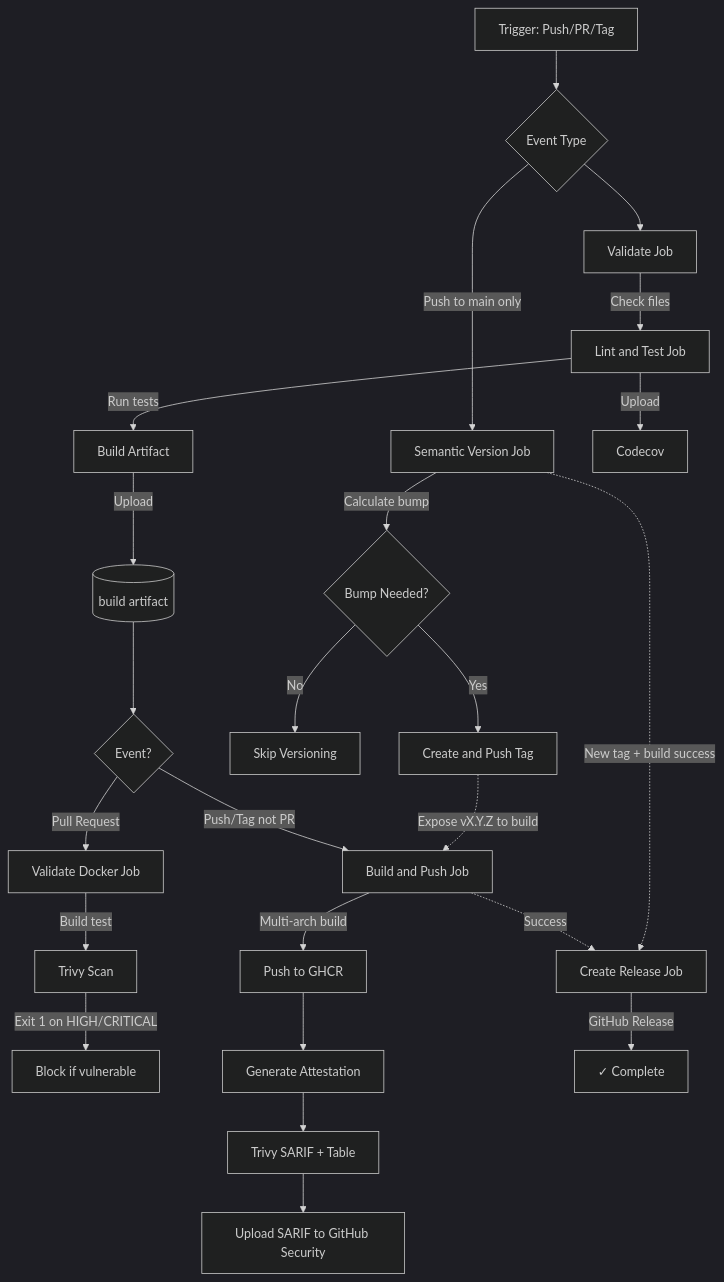
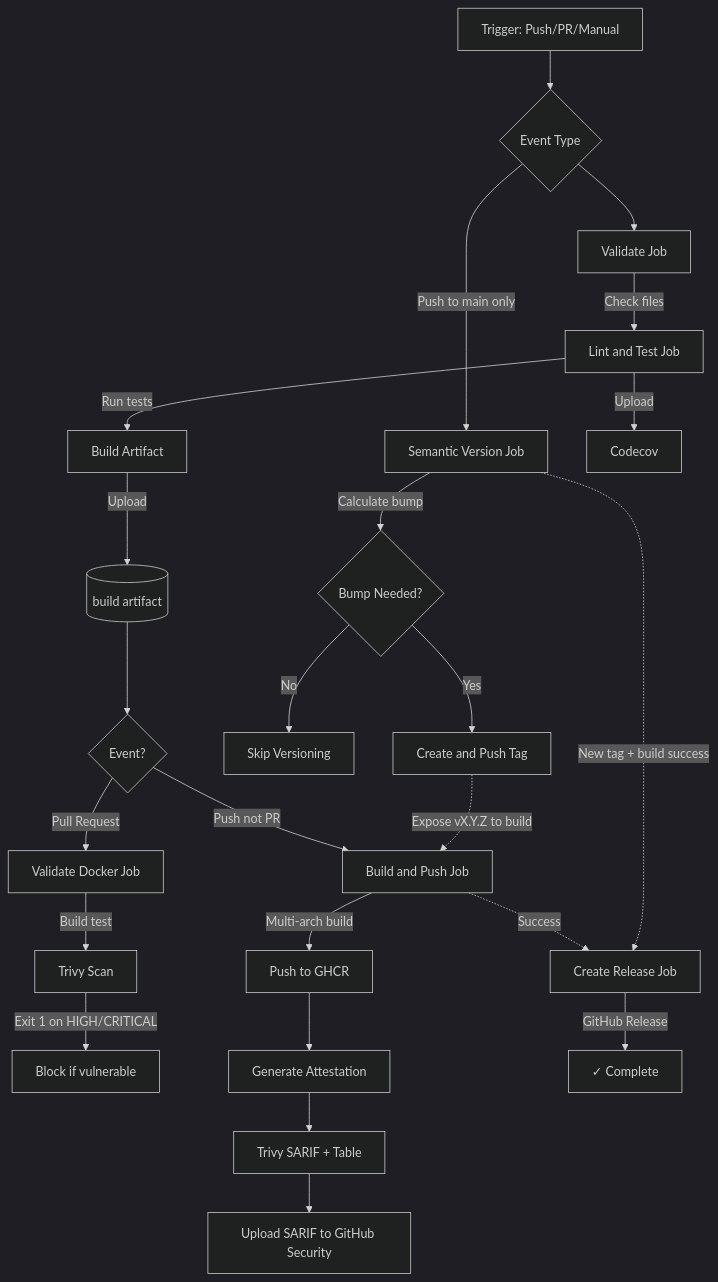
The second of 2 diagrams in README.md (techquestsdev/blog), drawn with Mermaid (dark theme) before and after one commit. The commit also changed other lines of this file, not shown here.

Commit message:
docs: update README to reflect CI changes

````diff
--- a/README.md
+++ b/README.md
@@ -249,32 +249,32 @@
 ```mermaid
 graph TB
-    START[Trigger: Push/PR/Tag] --> SPLIT{Event Type}
+    START[Trigger: Push/PR/Manual] --> SPLIT{Event Type}
 
     SPLIT -->|Push to main only| SV[Semantic Version Job]
     SV -->|Calculate bump| DECIDE{Bump Needed?}
     DECIDE -->|Yes| NEWTAG[Create and Push Tag]
     DECIDE -->|No| SKIP[Skip Versioning]
     NEWTAG -.->|Expose vX.Y.Z to build| DOCKERPUSH
 
     SPLIT --> VAL[Validate Job]
     VAL -->|Check files| LINT[Lint and Test Job]
     LINT -->|Run tests| BUILD[Build Artifact]
     BUILD -->|Upload| ARTIFACT[(build artifact)]
     LINT -->|Upload| COV[Codecov]
 
     ARTIFACT --> CHECK{Event?}
 
     CHECK -->|Pull Request| DOCKERVAL[Validate Docker Job]
     DOCKERVAL -->|Build test| TRIVY1[Trivy Scan]
     TRIVY1 -->|Exit 1 on HIGH/CRITICAL| PRBLOCK[Block if vulnerable]
 
-    CHECK -->|Push/Tag not PR| DOCKERPUSH[Build and Push Job]
+    CHECK -->|Push not PR| DOCKERPUSH[Build and Push Job]
     DOCKERPUSH -->|Multi-arch build| PUSH[Push to GHCR]
     PUSH --> ATTEST[Generate Attestation]
     ATTEST --> TRIVY2[Trivy SARIF + Table]
     TRIVY2 --> UPLOAD[Upload SARIF to GitHub Security]
 
     SV -.->|New tag + build success| RELEASE[Create Release Job]
     DOCKERPUSH -.->|Success| RELEASE
     RELEASE -->|GitHub Release| DONE[✓ Complete]
 ```
````
